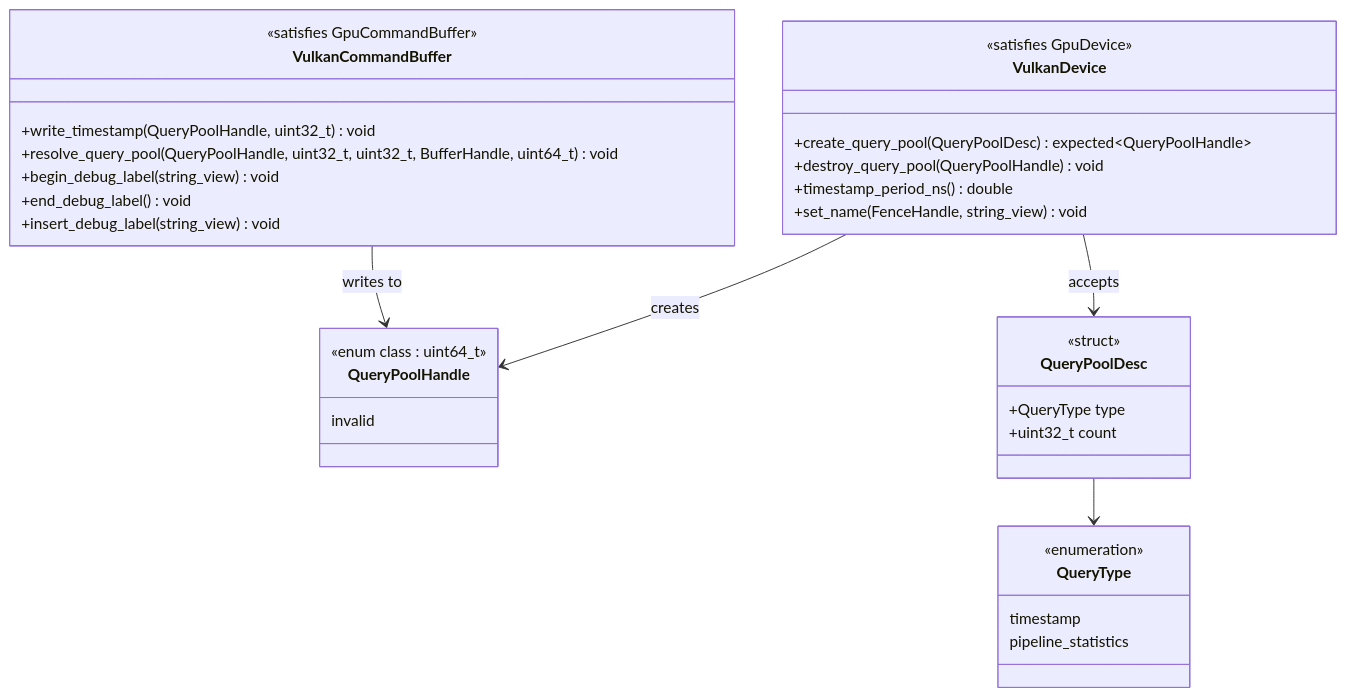
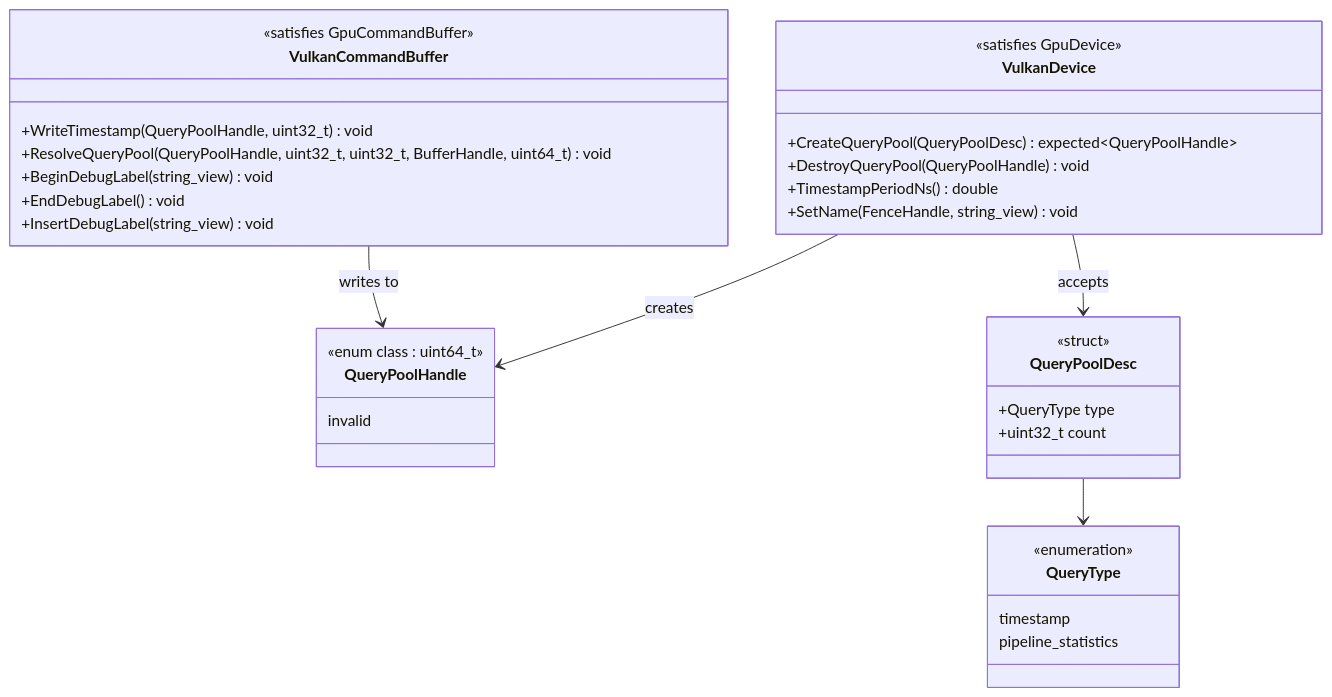
Before and after one commit to harmonius-dev/harmonius: diagram 26 of 34 in docs/design/gpu-backend-vulkan-classes.md, drawn with Mermaid. The commit also changed other lines of this file and 67 other files, not shown here.

````diff
--- a/docs/design/gpu-backend-vulkan-classes.md
+++ b/docs/design/gpu-backend-vulkan-classes.md
@@ -1294,37 +1294,37 @@
 ```mermaid
 classDiagram
     class VulkanDevice {
         <<satisfies GpuDevice>>
-        +create_query_pool(QueryPoolDesc) expected~QueryPoolHandle~
-        +destroy_query_pool(QueryPoolHandle) void
-        +timestamp_period_ns() double
-        +set_name(FenceHandle, string_view) void
+        +CreateQueryPool(QueryPoolDesc) expected~QueryPoolHandle~
+        +DestroyQueryPool(QueryPoolHandle) void
+        +TimestampPeriodNs() double
+        +SetName(FenceHandle, string_view) void
     }
     class QueryPoolHandle {
         <<enum class : uint64_t>>
         invalid
     }
     class QueryPoolDesc {
         <<struct>>
         +QueryType type
         +uint32_t count
     }
     class QueryType {
         <<enumeration>>
         timestamp
         pipeline_statistics
     }
     class VulkanCommandBuffer {
         <<satisfies GpuCommandBuffer>>
-        +write_timestamp(QueryPoolHandle, uint32_t) void
-        +resolve_query_pool(QueryPoolHandle, uint32_t, uint32_t, BufferHandle, uint64_t) void
-        +begin_debug_label(string_view) void
-        +end_debug_label() void
-        +insert_debug_label(string_view) void
+        +WriteTimestamp(QueryPoolHandle, uint32_t) void
+        +ResolveQueryPool(QueryPoolHandle, uint32_t, uint32_t, BufferHandle, uint64_t) void
+        +BeginDebugLabel(string_view) void
+        +EndDebugLabel() void
+        +InsertDebugLabel(string_view) void
     }
 
     VulkanDevice --> QueryPoolHandle : creates
     VulkanDevice --> QueryPoolDesc : accepts
     QueryPoolDesc --> QueryType
     VulkanCommandBuffer --> QueryPoolHandle : writes to
 ```
````
